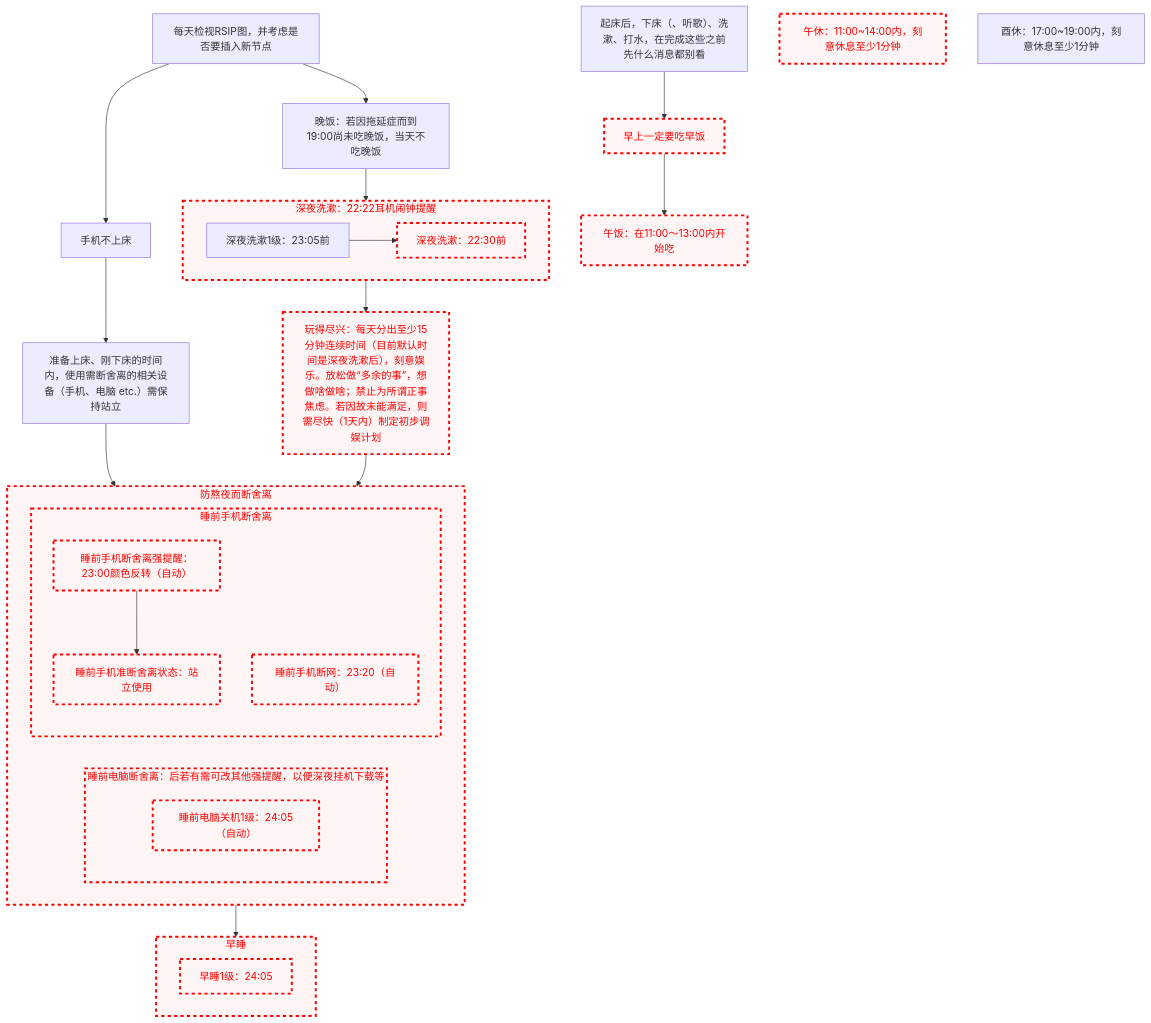
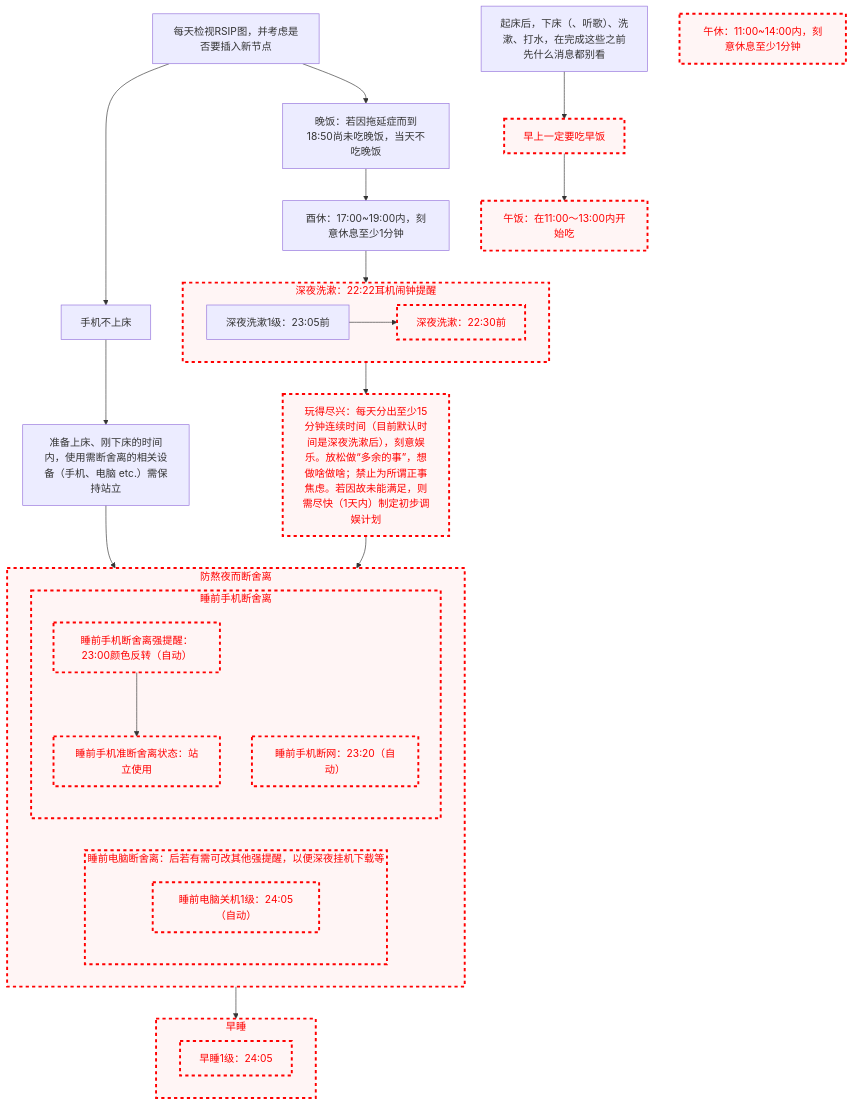
One commit to Ethkuil/RSIP-tree changed the diagram in README.md. Above: the diagram before and after it, drawn with Mermaid.

Commit message:
晚饭 --> 酉休

````diff
--- a/README.md
+++ b/README.md
@@ -14,61 +14,61 @@
 ```mermaid
 graph TD
 
 classDef failed stroke:#ff0000, stroke-width:3px, color:#ff0000, fill:#fff5f5, stroke-dasharray: 5
 
 RSIP[每天检视RSIP图，并考虑是否要插入新节点]
 
 
 RSIP --> 手机不上床
 手机不上床 --> 站立使用[准备上床、刚下床的时间内，使用需断舍离的相关设备（手机、电脑 etc.）需保持站立]
 
-RSIP --> 晚饭[晚饭：若因拖延症而到19:00尚未吃晚饭，当天不吃晚饭]
-晚饭 --> 深夜洗漱
+RSIP --> 晚饭[晚饭：若因拖延症而到18:50尚未吃晚饭，当天不吃晚饭]
+晚饭 --> 酉休[酉休：17:00~19:00内，刻意休息至少1分钟]
+酉休 --> 深夜洗漱
 subgraph 深夜洗漱[深夜洗漱：22:22耳机闹钟提醒]
   深夜洗漱1级[深夜洗漱1级：23:05前]
   深夜洗漱1级 --> 深夜洗漱最高级[深夜洗漱：22:30前]
   class 深夜洗漱最高级 failed
 end
 class 深夜洗漱 failed
 深夜洗漱 --> 玩得尽兴[玩得尽兴：每天分出至少15分钟连续时间（目前默认时间是深夜洗漱后），刻意娱乐。放松做“多余的事”，想做啥做啥；禁止为所谓正事焦虑。若因故未能满足，则需尽快（1天内）制定初步调娱计划]
 class 玩得尽兴 failed
 
 站立使用 --> 防熬夜而断舍离
 玩得尽兴 --> 防熬夜而断舍离
 subgraph 防熬夜而断舍离
   subgraph 睡前电脑断舍离[睡前电脑断舍离：后若有需可改其他强提醒，以便深夜挂机下载等]
     睡前电脑关机1级[睡前电脑关机1级：24:05（自动）]
     class 睡前电脑关机1级 failed
   end
   class 睡前电脑断舍离 failed
 
   subgraph 睡前手机断舍离
     睡前手机断舍离强提醒[睡前手机断舍离强提醒：23:00颜色反转（自动）]
     class 睡前手机断舍离强提醒 failed
     睡前手机断舍离强提醒 --> 睡前手机准断舍离状态[睡前手机准断舍离状态：站立使用]
     class 睡前手机准断舍离状态 failed
     睡前手机断网[睡前手机断网：23:20（自动）]
     class 睡前手机断网 failed
   end
   class 睡前手机断舍离 failed
 end
 class 防熬夜而断舍离 failed
 防熬夜而断舍离 --> 早睡
 subgraph 早睡
   早睡1级[早睡1级：24:05]
   class 早睡1级 failed
 end
 class 早睡 failed
 
 
 清晨洗漱[起床后，下床（、听歌）、洗漱、打水，在完成这些之前先什么消息都别看]
 
 清晨洗漱 --> 早饭[早上一定要吃早饭]
 class 早饭 failed
 早饭 --> 午饭[午饭：在11:00～13:00内开始吃]
 class 午饭 failed
 
 午休[午休：11:00~14:00内，刻意休息至少1分钟]
 class 午休 failed
-酉休[酉休：17:00~19:00内，刻意休息至少1分钟]
 ```
````
